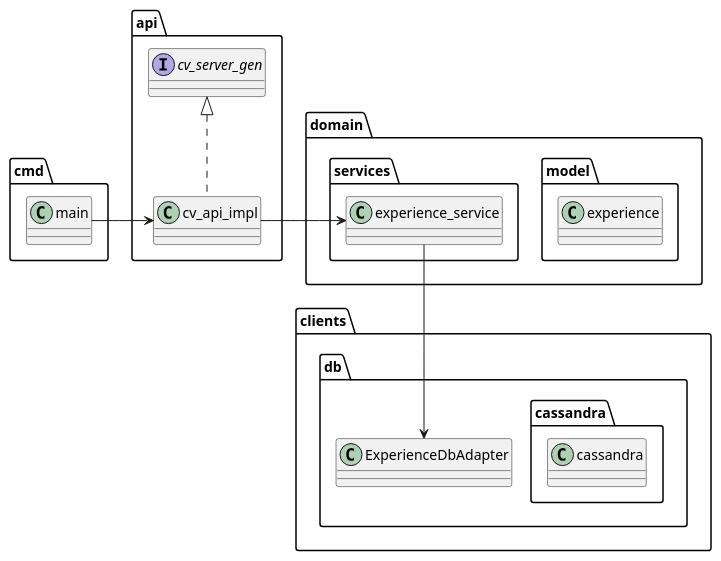
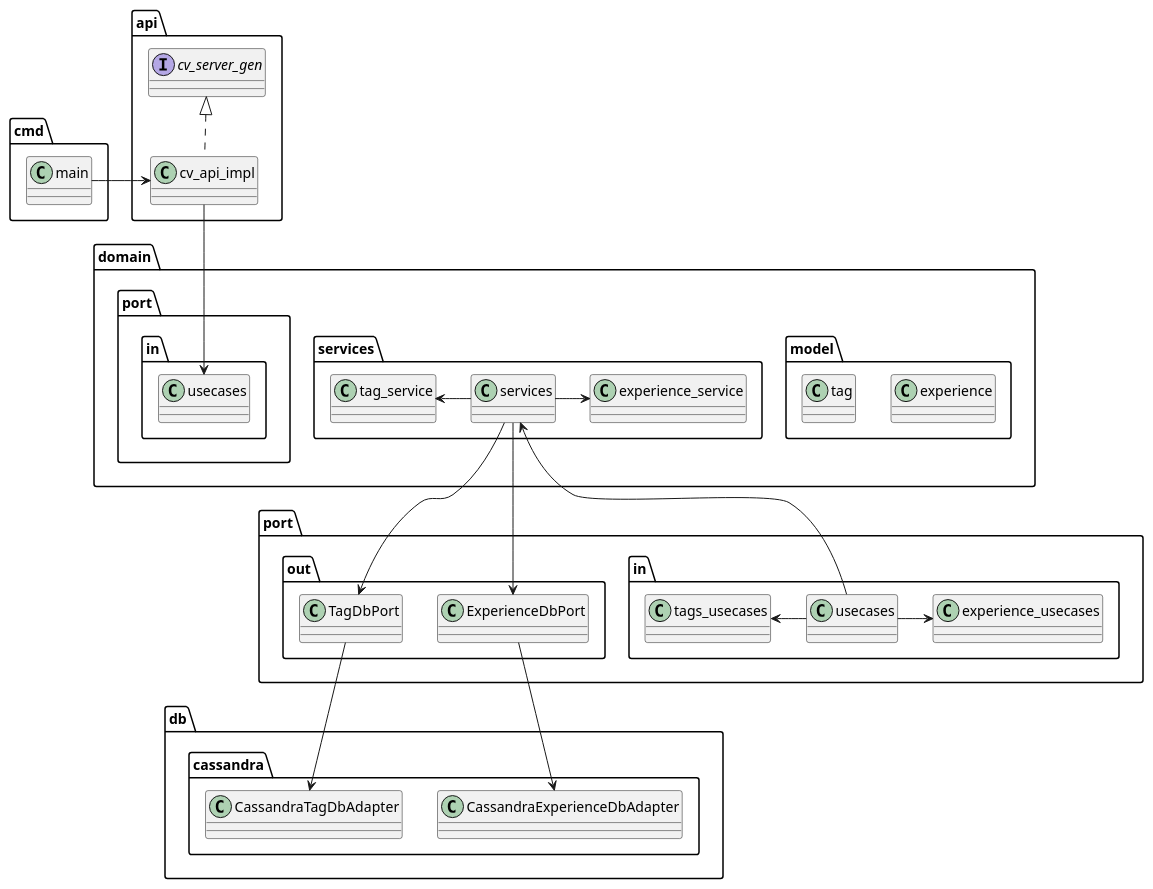
The diagram in documentation/overview.pu (ernstvorsteveld/go-cv-cassandra), drawn with PlantUML before and after one commit.

Commit message:
Improve diagram

```diff
--- a/documentation/overview.pu
+++ b/documentation/overview.pu
@@ -1,38 +1,60 @@
 @startuml "overview"
 
 package cmd {
     class main
 }
 
 package api {
     class cv_api_impl implements cv_server_gen
 
     cmd.main -> cv_api_impl
 }
 
 package domain {
 
     package model {
         class experience
+        class tag
     }
 
     package services {
+        class services
         class experience_service
+        class tag_service
+
+        services -right-> experience_service
+        services -left-> tag_service
     }
 
-    api.cv_api_impl -> services.experience_service
+    api.cv_api_impl --> port.in.usecases
 }
 
-package clients.db {
+package port.in {
+    class usecases
+    class experience_usecases
+    class tags_usecases
 
-    class ExperienceDbAdapter
+    usecases -right-> port.in.experience_usecases
+    usecases -left-> port.in.tags_usecases
 
-    package cassandra {
-        class cassandra
-    }
+    port.in.usecases --> domain.services.services
+}
 
-    domain.services.experience_service -down-> ExperienceDbAdapter
+package port.out {
+    class ExperienceDbPort
+    class TagDbPort
+
+    domain.services.services -down-> ExperienceDbPort
+    domain.services.services -down-> TagDbPort
+}
+
+package db.cassandra{
+    class CassandraExperienceDbAdapter
+    class CassandraTagDbAdapter
+
+    port.out.ExperienceDbPort -down-> CassandraExperienceDbAdapter
+    port.out.TagDbPort -down-> CassandraTagDbAdapter
 }
 
 
 @enduml
```
